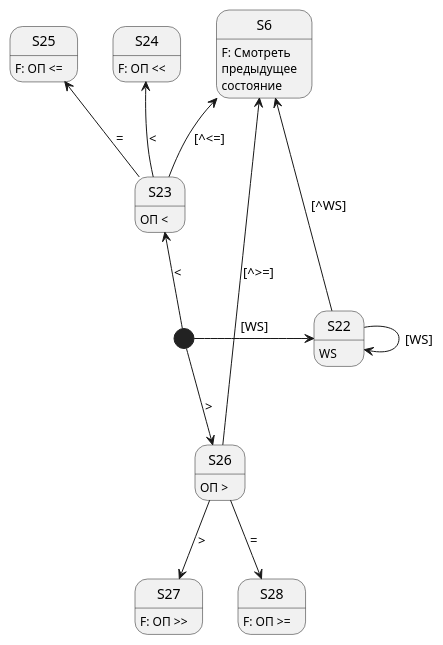
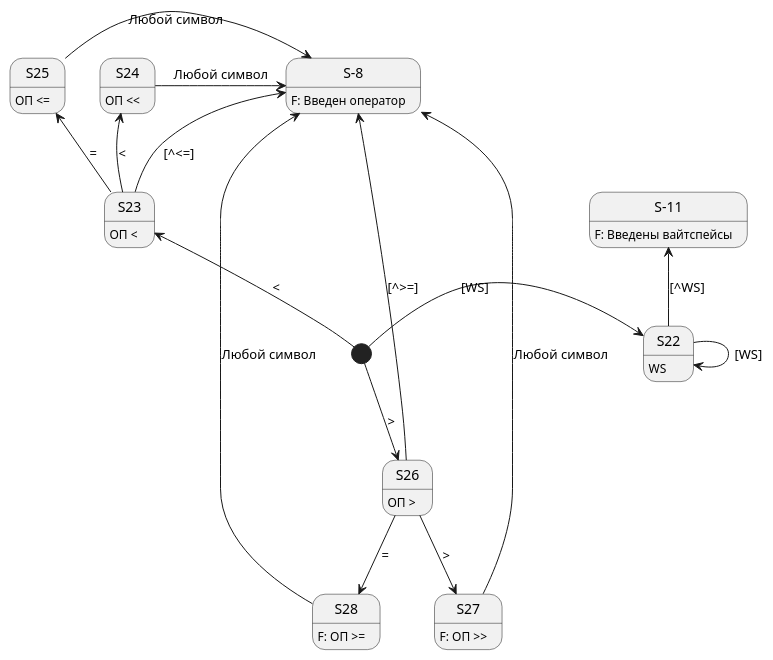
Before and after one commit to vladimirlll/CSharpLexicalAnalyzer: the diagram in Диаграмма состояния для ЛА/sd3.puml, drawn with PlantUML. The commit also changed 12 other files, not shown here.

```diff
--- a/Диаграмма состояния для ЛА/sd3.puml
+++ b/Диаграмма состояния для ЛА/sd3.puml
@@ -1,26 +1,33 @@
 @startuml "sd3"
+
+state "S-8" as Operator
+state "S-11" as WS
+Operator : F: Введен оператор
+WS : F: Введены вайтспейсы
+S22 : WS
+S23 : ОП <
+S24 : ОП <<
+S25 : ОП <=
+S26 : ОП >
+S27 : F: ОП >>
+S28 : F: ОП >=
 
 [*] -right-> S22 : [WS]
 S22 --> S22 : [WS]
-S22 : WS
-S22 -up-> S6 : [^WS]
+S22 -up-> WS : [^WS]
 
 [*] -up-> S23 : <
-S23 -up-> S6 : [^<=]
+S23 -up-> Operator : [^<=]
 S23 -up-> S24 : <
-S24 : F: ОП <<
+S24 -right-> Operator : Любой символ
 S23 -up-> S25 : =
-S25 : F: ОП <=
-S23 : ОП <
+S25 -right-> Operator : Любой символ
 
 [*] --> S26 : >
-S26 -up-> S6 : [^>=]
+S26 -up-> Operator : [^>=]
 S26 --> S27 : >
-S27 : F: ОП >>
+S27 -up-> Operator : Любой символ
 S26 --> S28 : =
-S28 : F: ОП >=
-S26 : ОП >
-
-S6 : F: Смотреть\nпредыдущее\nсостояние
+S28 -up-> Operator : Любой символ
 
 @enduml
```
